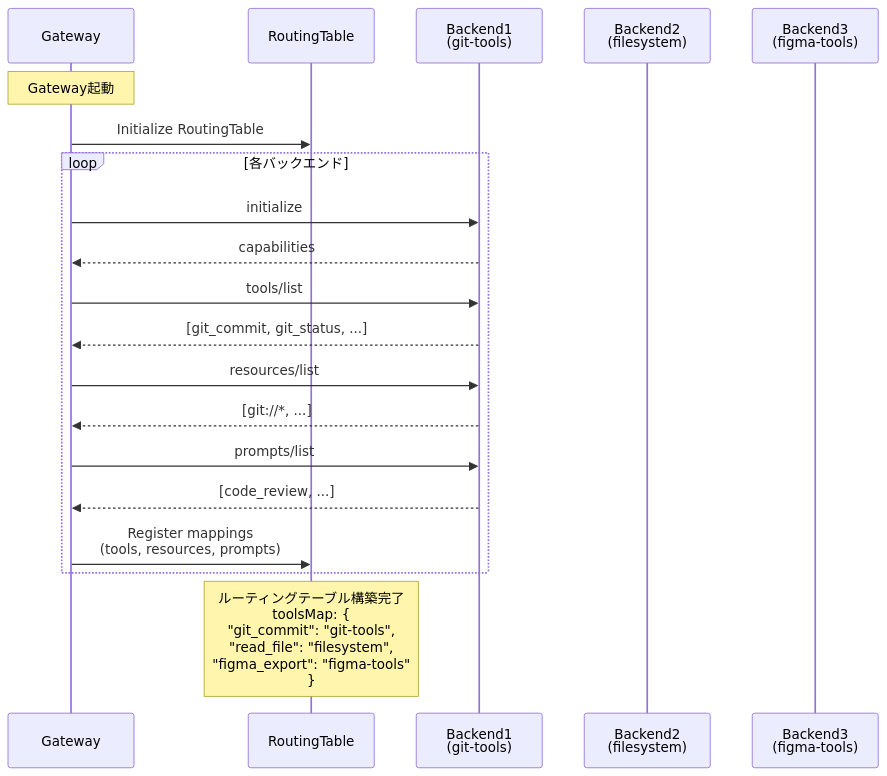
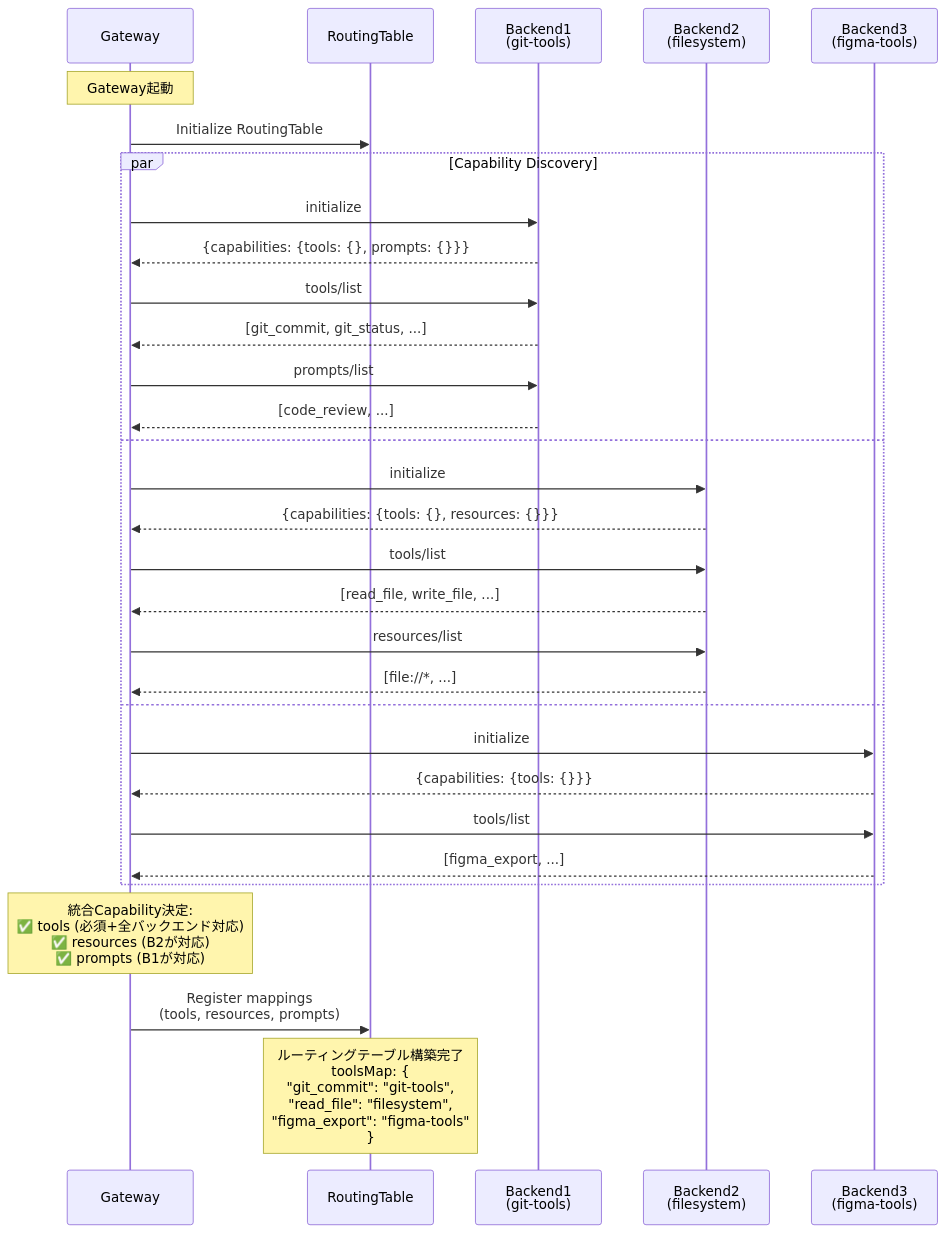
Before and after one commit to takutakahashi/awesome-mcp-proxy: the first of 3 diagrams in docs/gateway.md, drawn with Mermaid. The commit also changed other lines of this file, not shown here.

First line of the commit message:
docs: Update gateway spec with dynamic capability detection

````diff
--- a/docs/gateway.md
+++ b/docs/gateway.md
@@ -199,29 +245,43 @@
 ```mermaid
 sequenceDiagram
     participant GW as Gateway
     participant RT as RoutingTable
     participant B1 as Backend1<br/>(git-tools)
     participant B2 as Backend2<br/>(filesystem)
     participant B3 as Backend3<br/>(figma-tools)
 
     Note over GW: Gateway起動
     GW->>RT: Initialize RoutingTable
     
-    loop 各バックエンド
+    par Capability Discovery
         GW->>B1: initialize
-        B1-->>GW: capabilities
+        B1-->>GW: {capabilities: {tools: {}, prompts: {}}}
         
         GW->>B1: tools/list
         B1-->>GW: [git_commit, git_status, ...]
         
-        GW->>B1: resources/list
-        B1-->>GW: [git://*, ...]
-        
         GW->>B1: prompts/list
         B1-->>GW: [code_review, ...]
+    and
+        GW->>B2: initialize
+        B2-->>GW: {capabilities: {tools: {}, resources: {}}}
         
-        GW->>RT: Register mappings<br/>(tools, resources, prompts)
+        GW->>B2: tools/list
+        B2-->>GW: [read_file, write_file, ...]
+        
+        GW->>B2: resources/list
+        B2-->>GW: [file://*, ...]
+    and
+        GW->>B3: initialize
+        B3-->>GW: {capabilities: {tools: {}}}
+        
+        GW->>B3: tools/list
+        B3-->>GW: [figma_export, ...]
     end
+    
+    Note over GW: 統合Capability決定:<br/>✅ tools (必須+全バックエンド対応)<br/>✅ resources (B2が対応)<br/>✅ prompts (B1が対応)
+    
+    GW->>RT: Register mappings<br/>(tools, resources, prompts)
     
     Note over RT: ルーティングテーブル構築完了<br/>toolsMap: {<br/>  "git_commit": "git-tools",<br/>  "read_file": "filesystem",<br/>  "figma_export": "figma-tools"<br/>}
 ```
````
